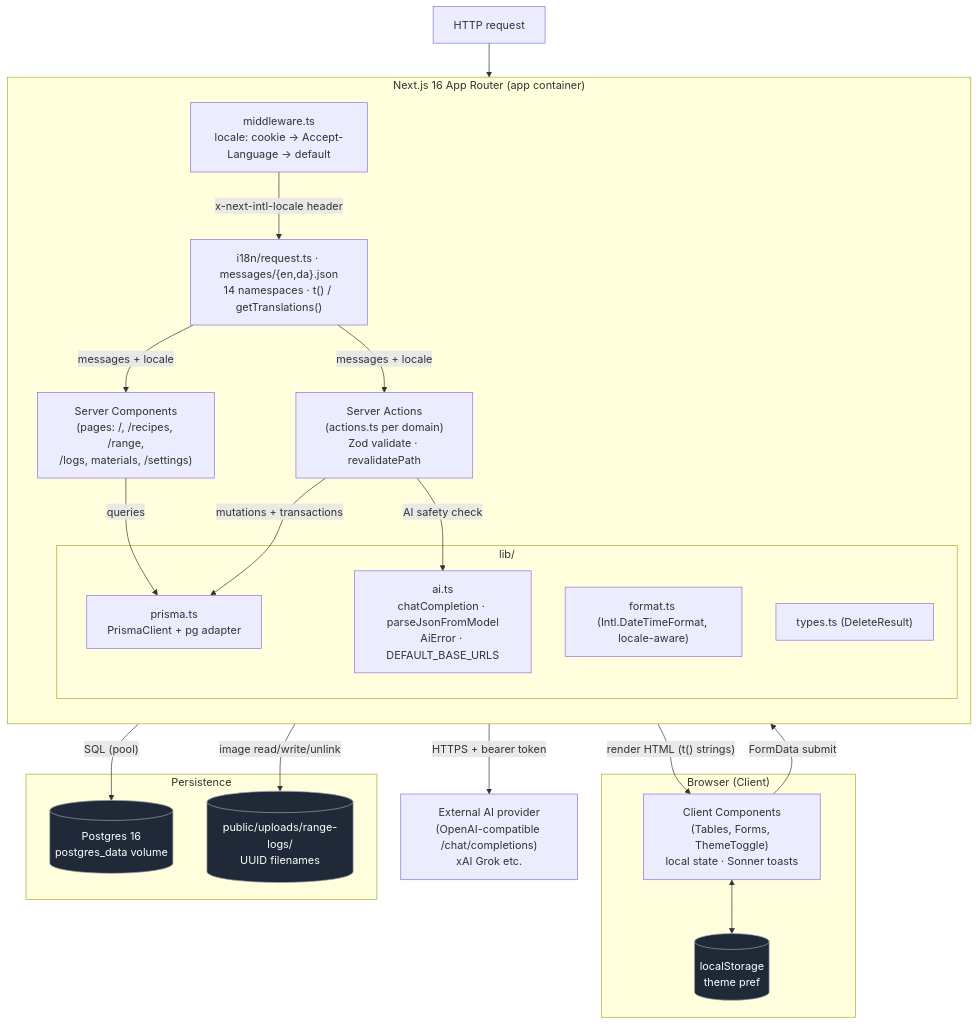
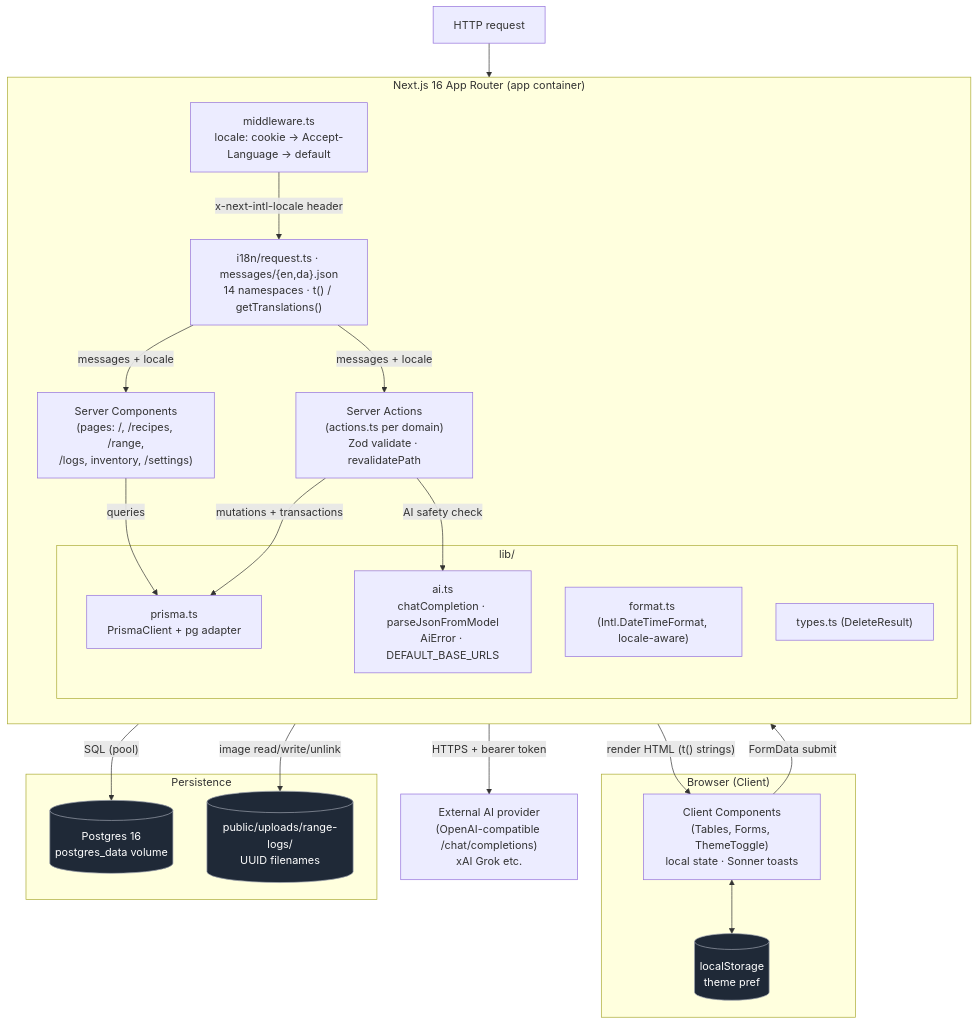
Before and after one commit to KennethEgholm/reloading: the first of 3 diagrams in docs/architecture.md, drawn with Mermaid. The commit also changed 9 other files, not shown here.

First line of the commit message:
feat(inventory): rename Materials to Personal Inventory + add JSON export/import

````diff
--- a/docs/architecture.md
+++ b/docs/architecture.md
@@ -7,46 +7,46 @@
 ```mermaid
 graph TB
     subgraph Browser["Browser (Client)"]
         UI["Client Components<br/>(Tables, Forms, ThemeToggle)<br/>local state · Sonner toasts"]
         LS[("localStorage<br/>theme pref")]
     end
 
     subgraph Next["Next.js 16 App Router (app container)"]
         direction TB
         MW["middleware.ts<br/>locale: cookie → Accept-Language → default"]
         I18N["i18n/request.ts · messages/{en,da}.json<br/>14 namespaces · t() / getTranslations()"]
-        SC["Server Components<br/>(pages: /, /recipes, /range,<br/>/logs, materials, /settings)"]
+        SC["Server Components<br/>(pages: /, /recipes, /range,<br/>/logs, inventory, /settings)"]
         SA["Server Actions<br/>(actions.ts per domain)<br/>Zod validate · revalidatePath"]
 
         subgraph Lib["lib/"]
             PRISMA["prisma.ts<br/>PrismaClient + pg adapter"]
             AI["ai.ts<br/>chatCompletion · parseJsonFromModel<br/>AiError · DEFAULT_BASE_URLS"]
             FMT["format.ts (Intl.DateTimeFormat, locale-aware)"]
             TYP["types.ts (DeleteResult)"]
         end
     end
 
     subgraph Storage["Persistence"]
         PG[("Postgres 16<br/>postgres_data volume")]
         FILES[("public/uploads/range-logs/<br/>UUID filenames")]
     end
 
     EXT["External AI provider<br/>(OpenAI-compatible /chat/completions)<br/>xAI Grok etc."]
 
     REQ["HTTP request"] --> MW
     MW -- "x-next-intl-locale header" --> I18N
     I18N -- "messages + locale" --> SC
     I18N -- "messages + locale" --> SA
     UI -- "FormData submit" --> SA
     SC -- "render HTML (t() strings)" --> UI
     UI <--> LS
     SC -- "queries" --> PRISMA
     SA -- "mutations + transactions" --> PRISMA
     SA -- "image read/write/unlink" --> FILES
     SA -- "AI safety check" --> AI
     AI -- "HTTPS + bearer token" --> EXT
     PRISMA -- "SQL (pool)" --> PG
 
     classDef store fill:#1f2937,stroke:#9ca3af,color:#fff;
     class PG,FILES,LS store;
 ```
````
